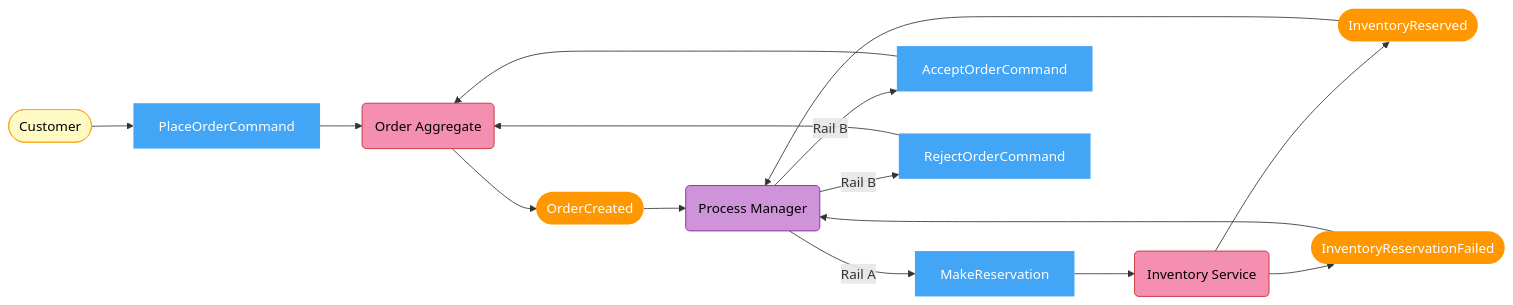
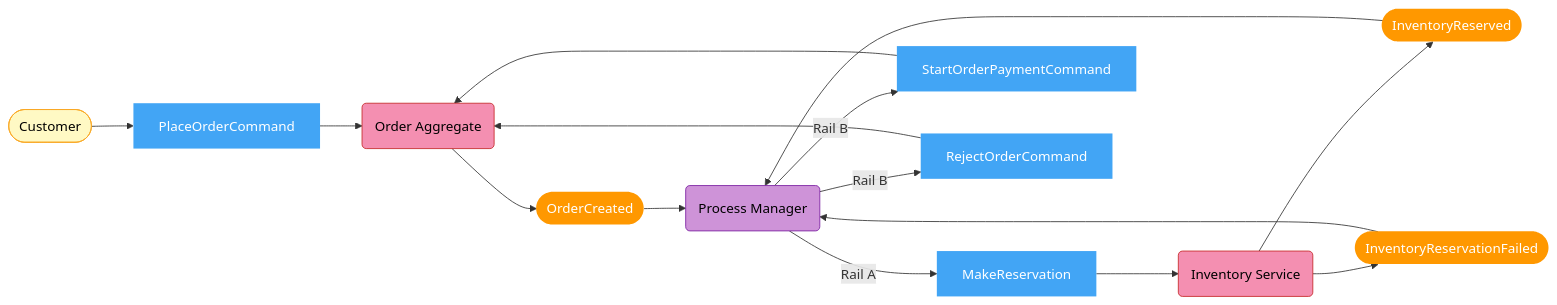
The third of 12 diagrams in Order/src/EShop.Order.API/README.md (mnnam1302/EShop), drawn with Mermaid before and after one commit. The commit also changed other lines of this file and 3 other files, not shown here.

````diff
--- a/Order/src/EShop.Order.API/README.md
+++ b/Order/src/EShop.Order.API/README.md
@@ -80,27 +80,27 @@
 ```mermaid
 flowchart LR
     classDef event   fill:#ff9800,color:#fff,stroke:none
     classDef command fill:#42a5f5,color:#fff,stroke:none
     classDef agg     fill:#f48fb1,color:#000,stroke:#c62828
     classDef pm      fill:#ce93d8,color:#000,stroke:#7b1fa2
     classDef actor   fill:#fff9c4,color:#000,stroke:#f9a825
 
     Customer([Customer]):::actor
     PlaceOrder[PlaceOrderCommand]:::command
     OA(Order Aggregate):::agg
     OrderCreated([OrderCreated]):::event
     PM(Process Manager):::pm
     MakeReservation[MakeReservation]:::command
     INV(Inventory Service):::agg
     InventoryReserved([InventoryReserved]):::event
     InventoryReservationFailed([InventoryReservationFailed]):::event
-    AcceptOrder[AcceptOrderCommand]:::command
+    StartPayment[StartOrderPaymentCommand]:::command
     RejectOrder[RejectOrderCommand]:::command
 
     Customer --> PlaceOrder --> OA --> OrderCreated --> PM
     PM -->|"Rail A"| MakeReservation --> INV
     INV --> InventoryReserved --> PM
     INV --> InventoryReservationFailed --> PM
-    PM -->|"Rail B"| AcceptOrder --> OA
+    PM -->|"Rail B"| StartPayment --> OA
     PM -->|"Rail B"| RejectOrder --> OA
 ```
````
